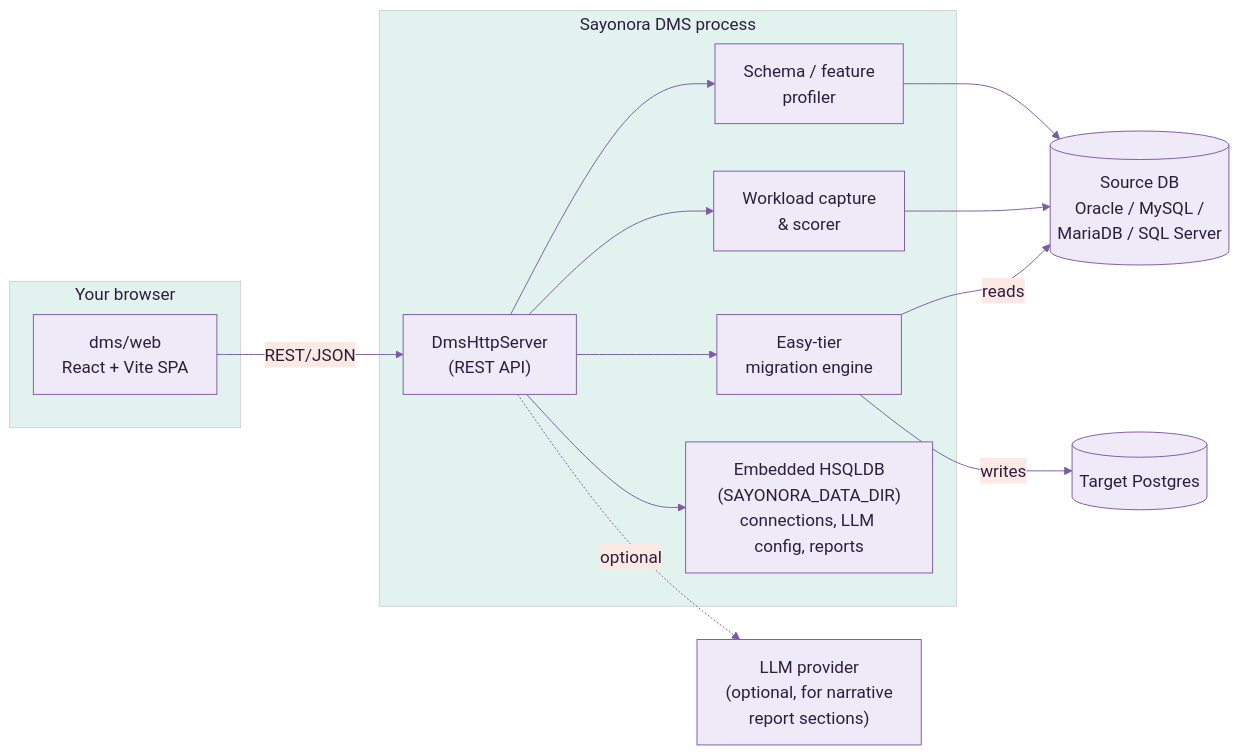
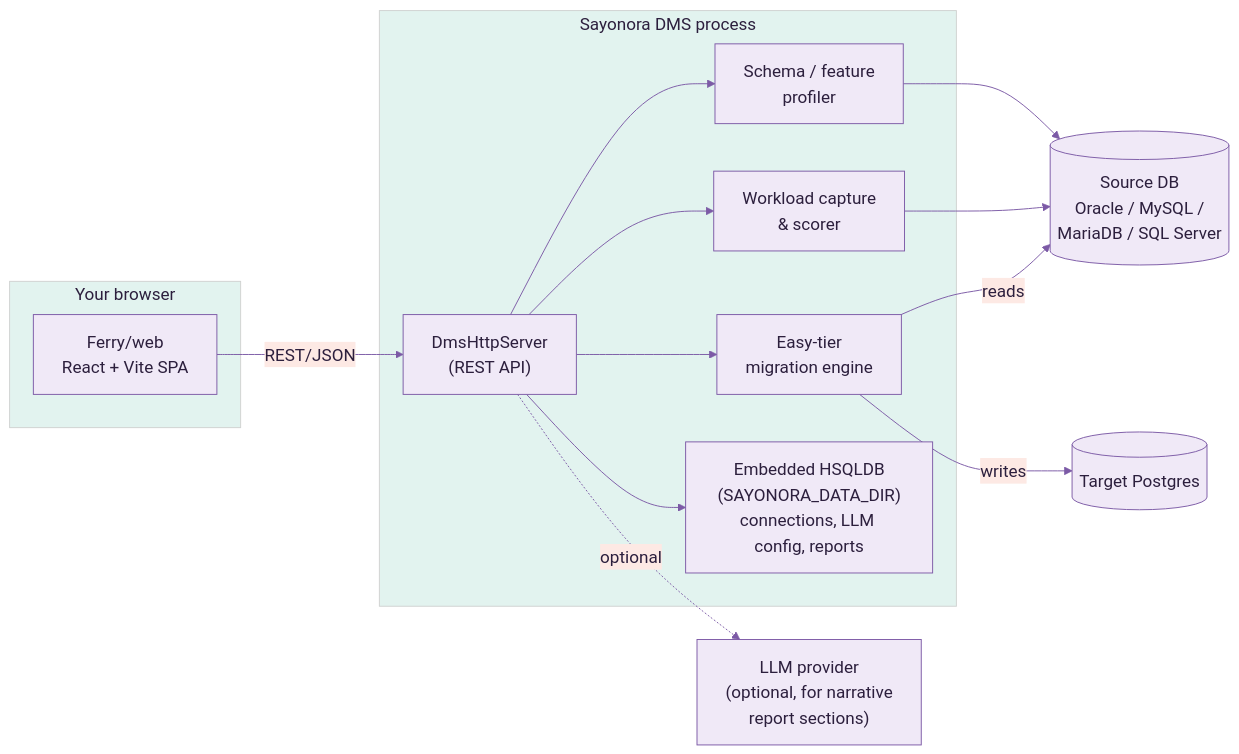
Before and after one commit to polygres26/Docker: the first of 8 diagrams in docs/USE_CASE_GUIDE.md, drawn with Mermaid. The commit also changed other lines of this file and 985 other files, not shown here.

First line of the commit message:
Rename directories: wire to Warp, dms to Ferry, db to Shim

````diff
--- a/docs/USE_CASE_GUIDE.md
+++ b/docs/USE_CASE_GUIDE.md
@@ -32,26 +32,26 @@
 ```mermaid
 %%{init: {'theme':'base', 'themeVariables': {'primaryColor':'#f0e9f7','primaryTextColor':'#2c1f3d','primaryBorderColor':'#7c5aa6','lineColor':'#7c5aa6','secondaryColor':'#fde9e4','secondaryTextColor':'#2c1f3d','tertiaryColor':'#e2f3ef','tertiaryTextColor':'#2c1f3d','noteBkgColor':'#fde9e4','noteTextColor':'#2c1f3d','noteBorderColor':'#d97a5f','fontSize':'18px','fontFamily':'-apple-system, Helvetica, Arial, sans-serif'}}}%%
 flowchart LR
     subgraph Client["Your browser"]
-        UI["dms/web\nReact + Vite SPA"]
+        UI["Ferry/web\nReact + Vite SPA"]
     end
     subgraph Advisor["Sayonora DMS process"]
         HTTP["DmsHttpServer\n(REST API)"]
         Profiler["Schema / feature\nprofiler"]
         Workload["Workload capture\n& scorer"]
         Migrator["Easy-tier\nmigration engine"]
         Store["Embedded HSQLDB\n(SAYONORA_DATA_DIR)\nconnections, LLM config, reports"]
     end
     Source[("Source DB\nOracle / MySQL /\nMariaDB / SQL Server")]
     PG[("Target Postgres")]
     LLM["LLM provider\n(optional, for narrative\nreport sections)"]
 
     UI -->|REST/JSON| HTTP
     HTTP --> Profiler --> Source
     HTTP --> Workload --> Source
     HTTP --> Migrator
     Migrator -->|reads| Source
     Migrator -->|writes| PG
     HTTP --> Store
     HTTP -.optional.-> LLM
 ```
````
